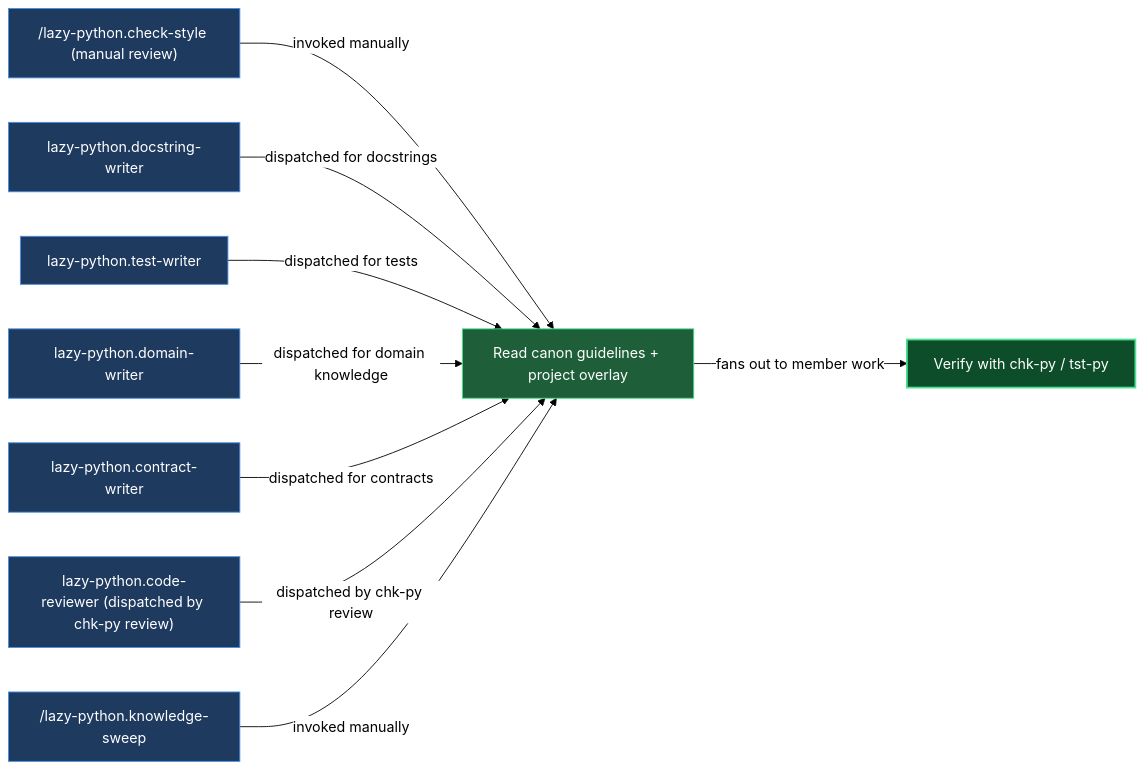
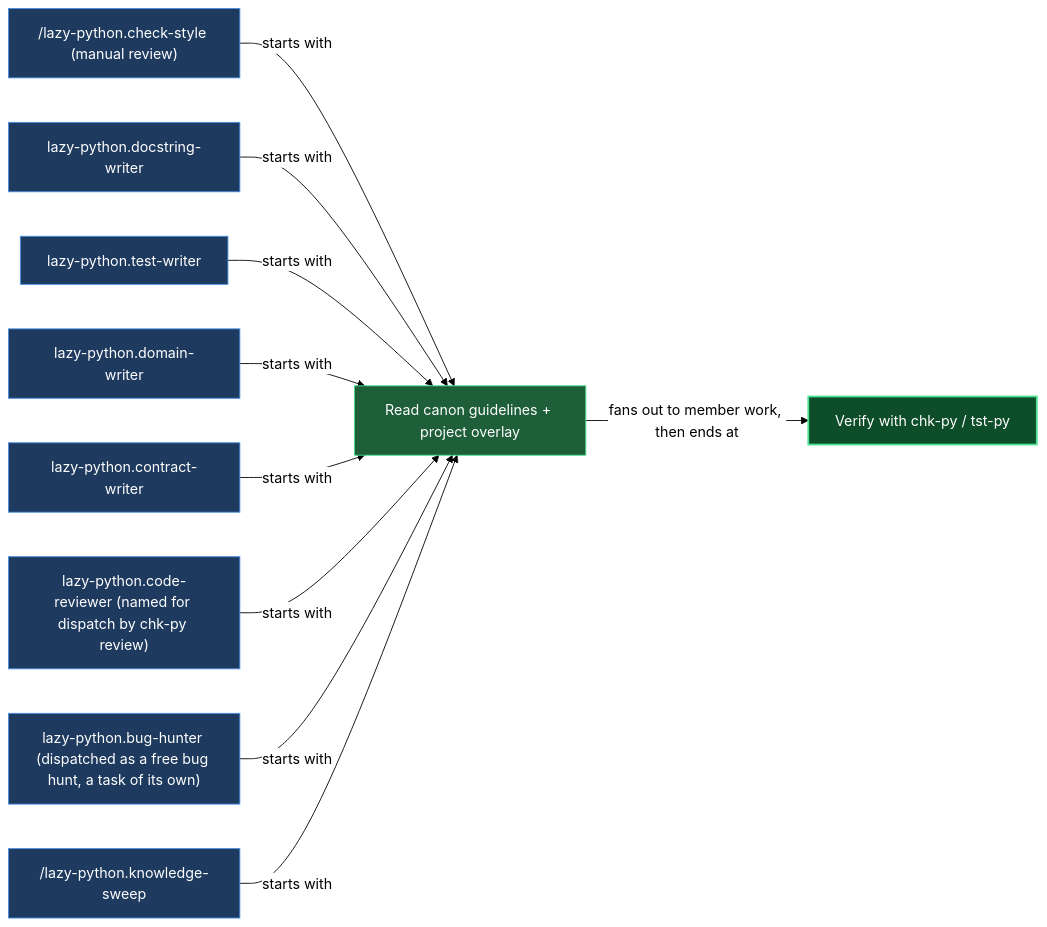
One commit to mebius-san/lazy-cortex changed the diagram in plugins/claude/lazycortex-python/help/agents.md. Above: the diagram before and after it, drawn with Mermaid. The commit also changed other lines of this file and 268 other files, not shown here.

Commit message:
release lazycortex-core 12.0.1, lazycortex-experts 2.0.0, lazycortex-obsidian 7.0.0, lazycortex-python 4.15.0, lazycortex-review 6.16.0, lazycortex-specs 14.0.0, lazycortex-wiki 4.0.1

````diff
--- a/plugins/claude/lazycortex-python/help/agents.md
+++ b/plugins/claude/lazycortex-python/help/agents.md
@@ -109,36 +115,38 @@
 ```mermaid
 %%{init: {'themeVariables':{'background':'transparent','lineColor':'#000','textColor':'#000','edgeLabelBackground':'#fff'},'themeCSS':'.edgeLabel{background-color:transparent!important}.edgeLabel p{background-color:transparent!important}','flowchart':{'diagramPadding':5,'useMaxWidth':true}}}%%
 flowchart LR
   checkStyle["/lazy-python.check-style (manual review)"]
   docstringWriter["lazy-python.docstring-writer"]
   testWriter["lazy-python.test-writer"]
   domainWriter["lazy-python.domain-writer"]
   contractWriter["lazy-python.contract-writer"]
-  codeReviewer["lazy-python.code-reviewer (dispatched by chk-py review)"]
+  codeReviewer["lazy-python.code-reviewer (named for dispatch by chk-py review)"]
+  bugHunter["lazy-python.bug-hunter (dispatched as a free bug hunt, a task of its own)"]
   knowledgeSweep["/lazy-python.knowledge-sweep"]
   readCanon["Read canon guidelines + project overlay"]
-  verifyChkTst["Verify with chk-py / tst-py"]
+  verifyGate["Verify with chk-py / tst-py"]
 
-  checkStyle -->|invoked manually| readCanon
-  docstringWriter -->|dispatched for docstrings| readCanon
-  testWriter -->|dispatched for tests| readCanon
-  domainWriter -->|dispatched for domain knowledge| readCanon
-  contractWriter -->|dispatched for contracts| readCanon
-  codeReviewer -->|dispatched by chk-py review| readCanon
-  knowledgeSweep -->|invoked manually| readCanon
-  readCanon -->|fans out to member work| verifyChkTst
+  checkStyle -->|starts with| readCanon
+  docstringWriter -->|starts with| readCanon
+  testWriter -->|starts with| readCanon
+  domainWriter -->|starts with| readCanon
+  contractWriter -->|starts with| readCanon
+  codeReviewer -->|starts with| readCanon
+  bugHunter -->|starts with| readCanon
+  knowledgeSweep -->|starts with| readCanon
+  readCanon -->|fans out to member work, then ends at| verifyGate
 
   classDef entry fill:#1e3a5f,stroke:#4a90e2,color:#fff
   classDef action fill:#1e5f3a,stroke:#4ae290,color:#fff
   classDef success fill:#0d4d2a,stroke:#4ae290,color:#fff,stroke-width:2px
-
   class checkStyle entry
   class docstringWriter entry
   class testWriter entry
   class domainWriter entry
   class contractWriter entry
   class codeReviewer entry
+  class bugHunter entry
   class knowledgeSweep entry
   class readCanon action
-  class verifyChkTst success
+  class verifyGate success
 ```
````
